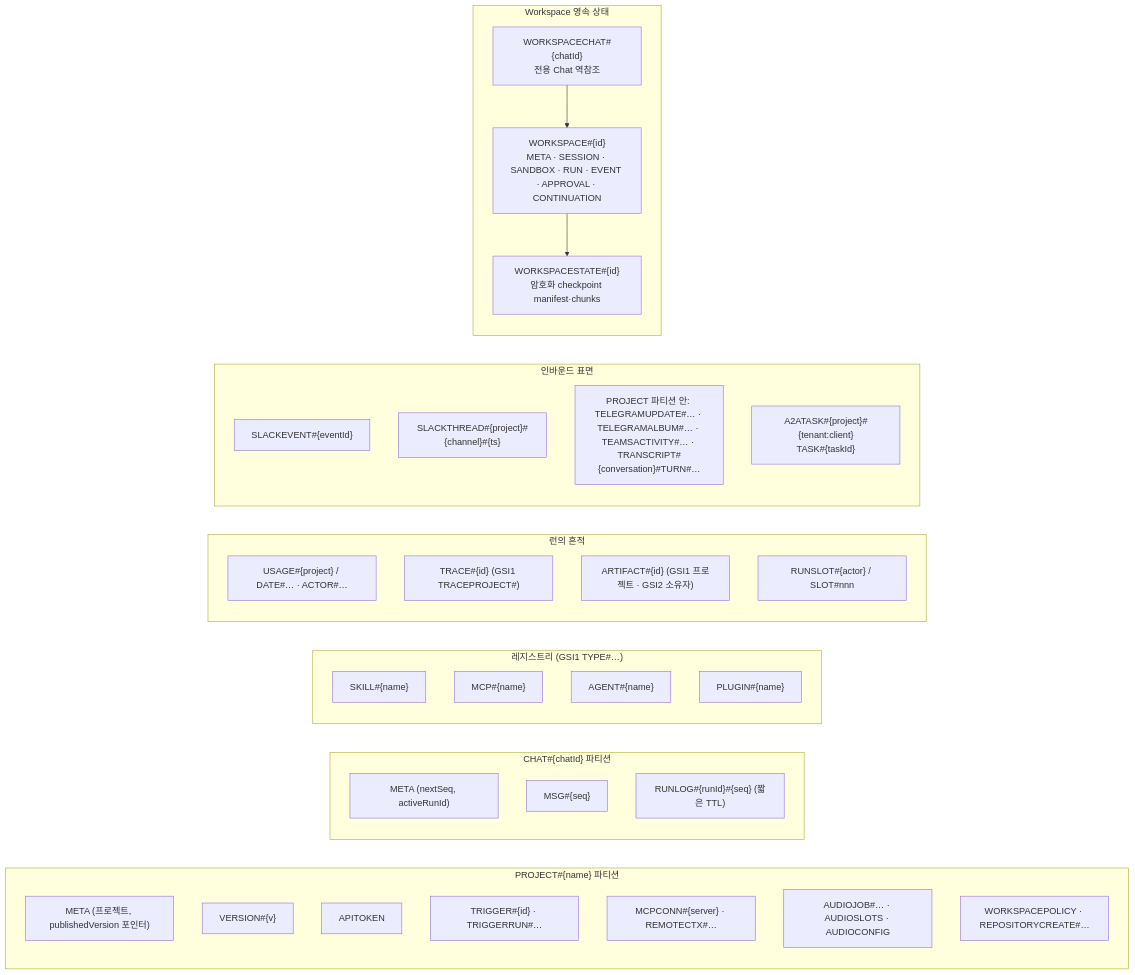
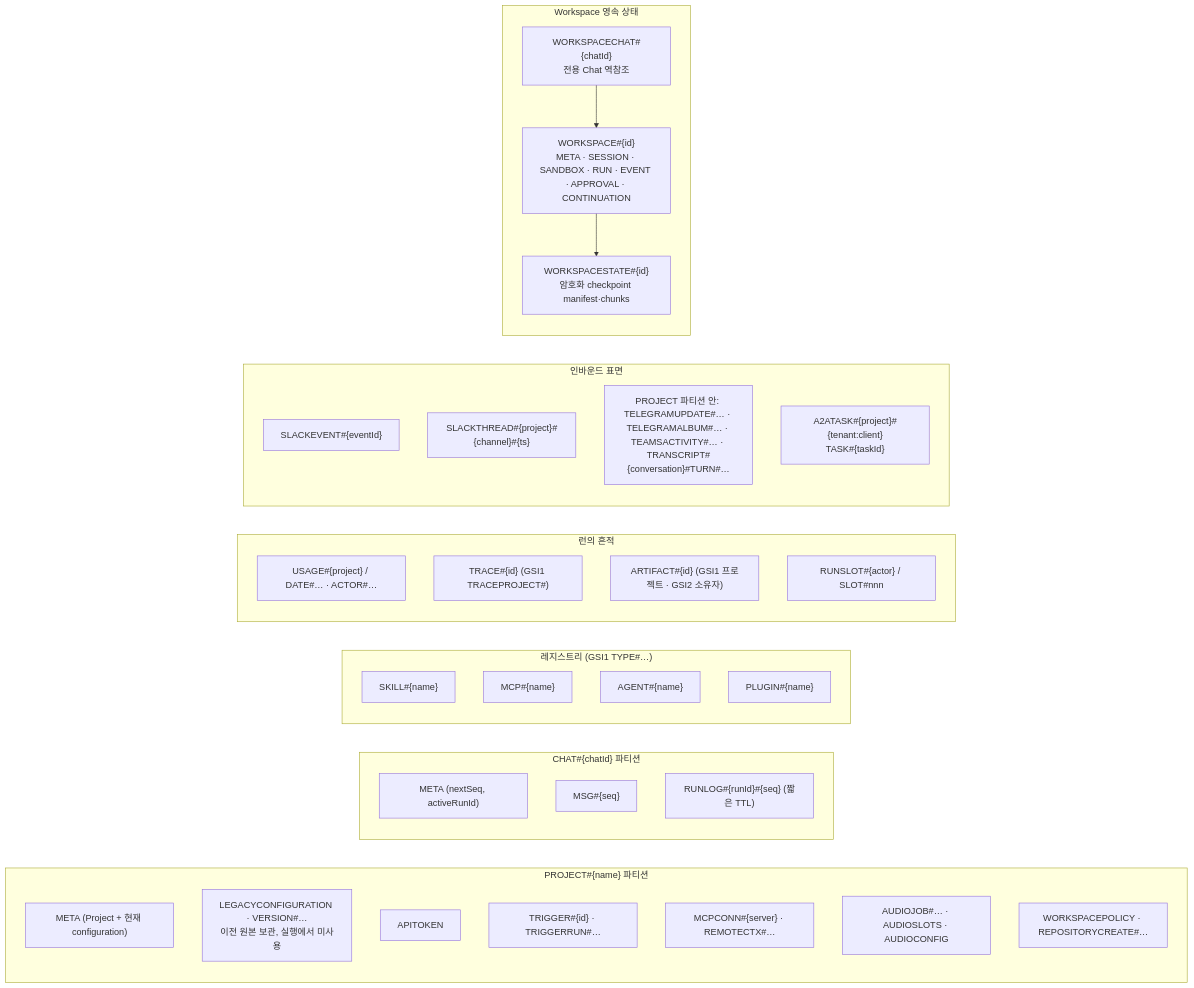
The seventh of 9 diagrams in docs/DIAGRAMS.md (opspresso/agent-studio), drawn with Mermaid before and after one commit. The commit also changed other lines of this file and 63 other files, not shown here.

````diff
--- a/docs/DIAGRAMS.md
+++ b/docs/DIAGRAMS.md
@@ -235,42 +230,42 @@
 ```mermaid
 flowchart LR
   subgraph project["PROJECT#{name} 파티션"]
-    meta["META (프로젝트, publishedVersion 포인터)"]
-    ver["VERSION#{v}"]
+    meta["META (Project + 현재 configuration)"]
+    ver["LEGACYCONFIGURATION · VERSION#…<br/>이전 원본 보관, 실행에서 미사용"]
     tok["APITOKEN"]
     trig["TRIGGER#{id} · TRIGGERRUN#…"]
     conn["MCPCONN#{server} · REMOTECTX#…"]
     jobs["AUDIOJOB#… · AUDIOSLOTS · AUDIOCONFIG"]
     policy["WORKSPACEPOLICY · REPOSITORYCREATE#…"]
   end
   subgraph chat["CHAT#{chatId} 파티션"]
     cmeta["META (nextSeq, activeRunId)"]
     msg["MSG#{seq}"]
     runlog["RUNLOG#{runId}#{seq} (짧은 TTL)"]
   end
   subgraph registry["레지스트리 (GSI1 TYPE#…)"]
     skill["SKILL#{name}"]
     mcp["MCP#{name}"]
     agent["AGENT#{name}"]
     plugin["PLUGIN#{name}"]
   end
   subgraph runs["런의 흔적"]
     usage["USAGE#{project} / DATE#… · ACTOR#…"]
     trace["TRACE#{id} (GSI1 TRACEPROJECT#)"]
     artifact["ARTIFACT#{id} (GSI1 프로젝트 · GSI2 소유자)"]
     slot["RUNSLOT#{actor} / SLOT#nnn"]
   end
   subgraph inbound["인바운드 표면"]
     sev["SLACKEVENT#{eventId}"]
     sthread["SLACKTHREAD#{project}#{channel}#{ts}"]
     transcript["PROJECT 파티션 안: TELEGRAMUPDATE#… · TELEGRAMALBUM#… · TEAMSACTIVITY#… · TRANSCRIPT#{conversation}#TURN#…"]
     a2atask["A2ATASK#{project}#{tenant:client}<br/>TASK#{taskId}"]
   end
   subgraph workspace["Workspace 영속 상태"]
     ws["WORKSPACE#{id}<br/>META · SESSION · SANDBOX · RUN · EVENT · APPROVAL · CONTINUATION"]
     cp["WORKSPACESTATE#{id}<br/>암호화 checkpoint manifest·chunks"]
     mapping["WORKSPACECHAT#{chatId}<br/>전용 Chat 역참조"]
     ws --> cp
     mapping --> ws
   end
 ```
````
